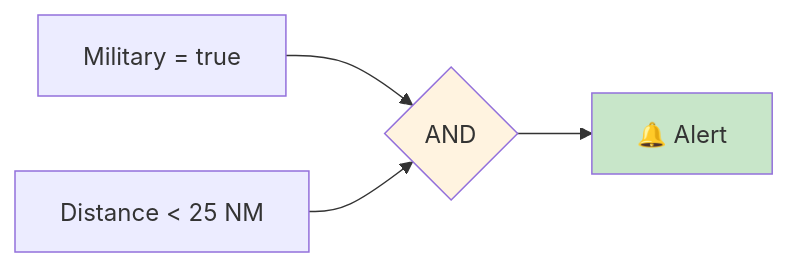
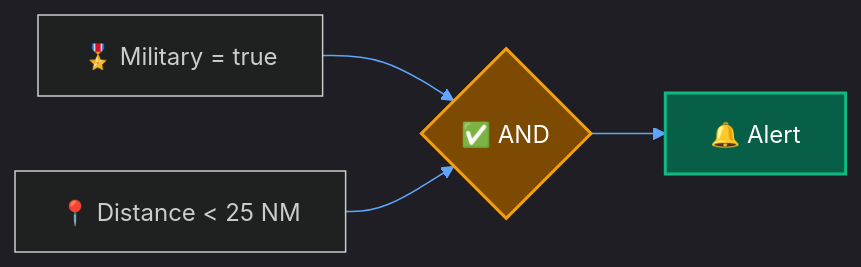
One commit to CHA0S-CORP/SkySpyDocs changed the second of 2 diagrams in docs/Recipes/military-spotter.md. Above: the diagram before and after it, drawn with Mermaid. The commit also changed other lines of this file and 11 other files, not shown here.

````diff
--- a/docs/Recipes/military-spotter.md
+++ b/docs/Recipes/military-spotter.md
@@ -118,9 +119,10 @@
 ```mermaid
+%%{init: {'theme': 'dark', 'themeVariables': { 'primaryColor': '#1e3a5f', 'primaryTextColor': '#fff', 'primaryBorderColor': '#3b82f6', 'lineColor': '#60a5fa'}}}%%
 flowchart LR
-    A[Military = true] --> AND{AND}
-    B[Distance < 25 NM] --> AND
-    AND --> ALERT[🔔 Alert]
+    A["🎖️ Military = true"] --> AND{"✅ AND"}
+    B["📍 Distance < 25 NM"] --> AND
+    AND --> ALERT["🔔 Alert"]
 
-    style AND fill:#fff3e0
-    style ALERT fill:#c8e6c9
+    style AND fill:#7c4a03,stroke:#f59e0b,stroke-width:2px,color:#fff
+    style ALERT fill:#065f46,stroke:#10b981,stroke-width:2px,color:#fff
 ```
````
